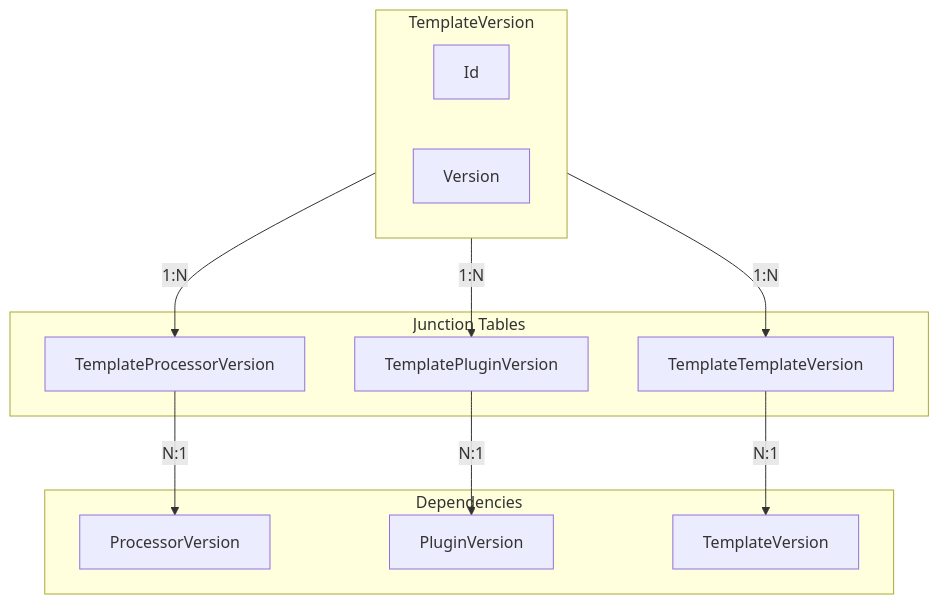
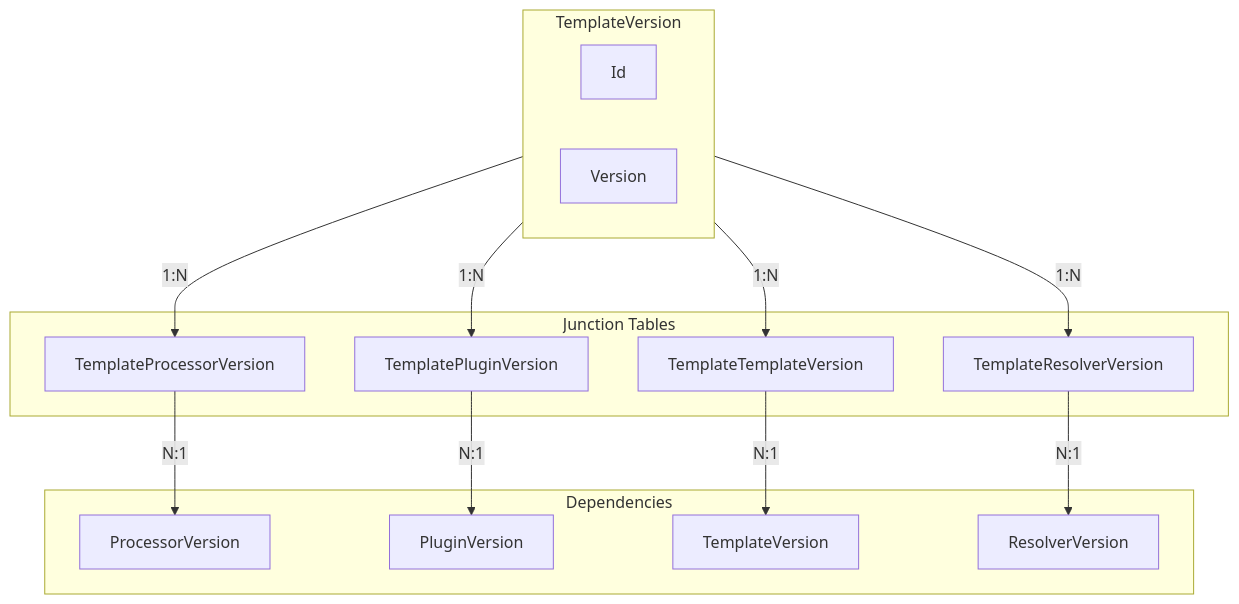
The first of 2 diagrams in docs/developer/concepts/05-dependency.md (AtomiCloud/sulfone.zinc), drawn with Mermaid before and after one commit. The commit also changed other lines of this file and 40 other files, not shown here.

````diff
--- a/docs/developer/concepts/05-dependency.md
+++ b/docs/developer/concepts/05-dependency.md
@@ -44,27 +51,31 @@
 ```mermaid
 flowchart TB
     subgraph TemplateVersion
         TVId[Id]
         TVVer[Version]
     end
 
     subgraph Junction Tables
         TPV[TemplateProcessorVersion]
         TPV2[TemplatePluginVersion]
         TTV[TemplateTemplateVersion]
+        TRV[TemplateResolverVersion]
     end
 
     subgraph Dependencies
         PV[ProcessorVersion]
         PlV[PluginVersion]
         TV2[TemplateVersion]
+        RV[ResolverVersion]
     end
 
     TemplateVersion -->|1:N| TPV
     TemplateVersion -->|1:N| TPV2
     TemplateVersion -->|1:N| TTV
+    TemplateVersion -->|1:N| TRV
 
     TPV -->|N:1| PV
     TPV2 -->|N:1| PlV
     TTV -->|N:1| TV2
+    TRV -->|N:1| RV
 ```
````
